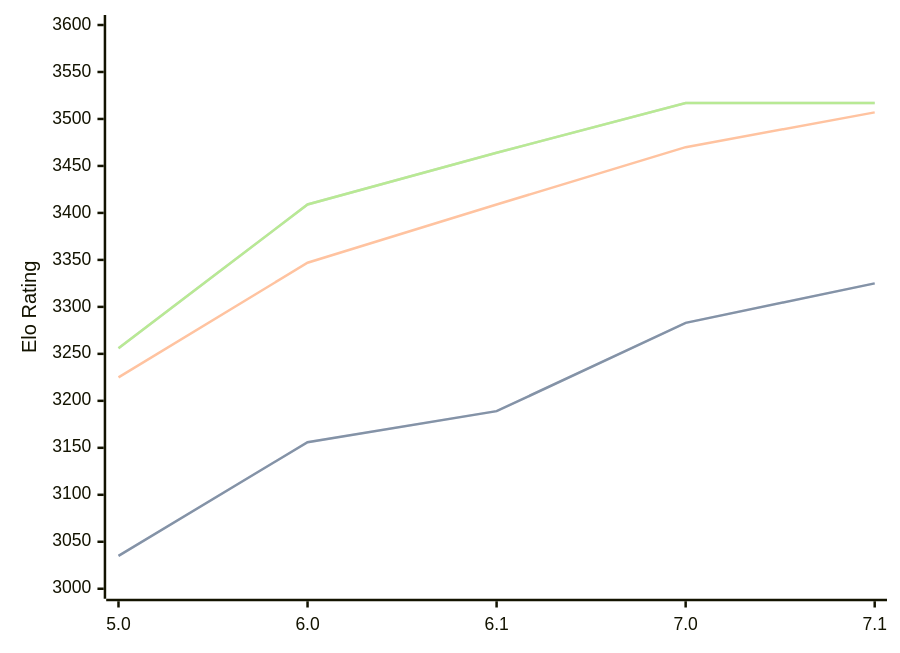
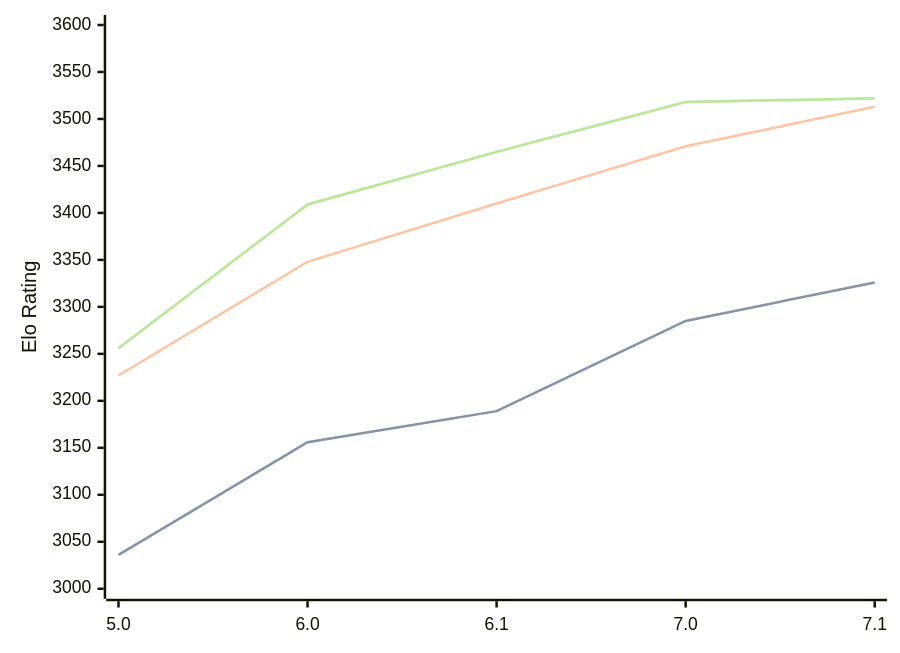
Before and after one commit to computer-chess-index/cci: the first of 3 diagrams in engines/PZChessBot.md, drawn with Mermaid. The commit also changed other lines of this file, not shown here.

Commit message:
Update CCI Ratings (ELO VLTC) - 2026-07-02

````diff
--- a/engines/PZChessBot.md
+++ b/engines/PZChessBot.md
@@ -44,11 +44,11 @@
 ```mermaid
 %%{init: {"theme":"base","themeVariables":{"seriesColors:['#a3a3a3','#222221','#faa371']}}}%%
 xychart-beta
   x-axis ["5.0", "6.0", "6.1", "7.0", "7.1"]
   y-axis "Elo Rating" 3000 --> 3600
-  line "STC (8.0+0.08s)" [3035, 3156, 3189, 3283, 3325]
-  line "STC (8.0+0.08s)" [3035, 3156, 3189, 3283, 3325]
-  line "LTC (60.0+0.60s)" [3225, 3347, 3409, 3470, 3507]
-  line "VLTC (2m24s+1.12s)" [3256, 3409, 3464, 3517, 3517]
-  line "VLTC (2m24s+1.12s)" [3256, 3409, 3464, 3517, 3517]
+  line "STC (8.0+0.08s)" [3036, 3156, 3189, 3285, 3326]
+  line "STC (8.0+0.08s)" [3036, 3156, 3189, 3285, 3326]
+  line "LTC (60.0+0.60s)" [3227, 3348, 3410, 3471, 3513]
+  line "VLTC (2m24s+1.12s)" [3256, 3409, 3465, 3518, 3522]
+  line "VLTC (2m24s+1.12s)" [3256, 3409, 3465, 3518, 3522]
 ```
````
